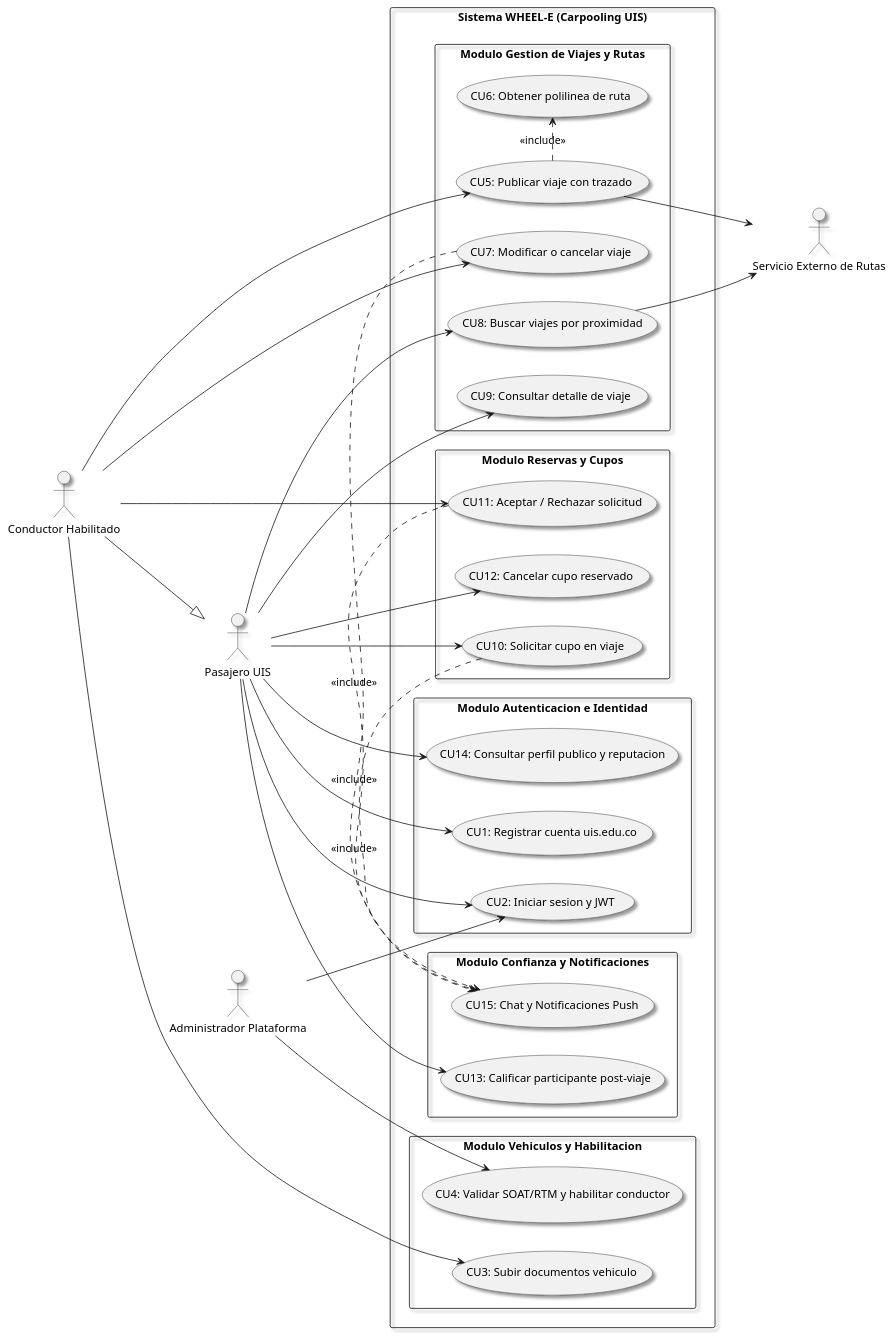
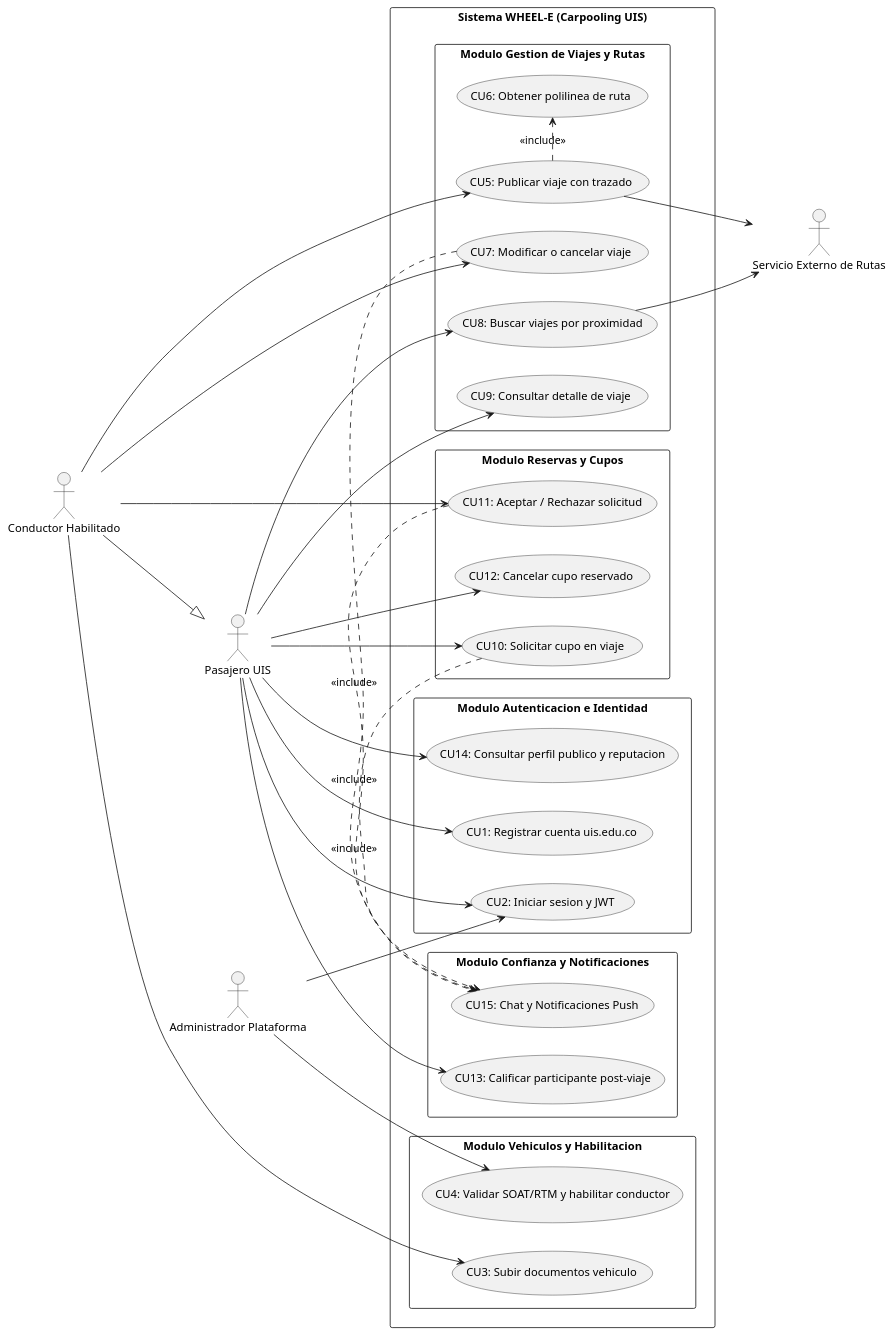
The diagram in diagramas/casos_de_uso.puml (Tutecaa/WheeleApp), drawn with PlantUML before and after one commit. The commit also changed 3 other files, not shown here.

Commit message:
fix(docs): corregir sombra AWT en PlantUML para casos de uso y clases de dominio

```diff
--- a/diagramas/casos_de_uso.puml
+++ b/diagramas/casos_de_uso.puml
@@ -1,71 +1,71 @@
 @startuml casos_de_uso
 left to right direction
 skinparam packageStyle rectangle
-skinparam shadowing true
+skinparam shadowing false
 
 actor "Pasajero UIS" as pas
 actor "Conductor Habilitado" as cond
 actor "Administrador Plataforma" as admin
 actor "Servicio Externo de Rutas" as apiRutas
 
 cond --|> pas
 
 rectangle "Sistema WHEEL-E (Carpooling UIS)" {
 
     package "Modulo Autenticacion e Identidad" {
         usecase "CU1: Registrar cuenta uis.edu.co" as CU1
         usecase "CU2: Iniciar sesion y JWT" as CU2
         usecase "CU14: Consultar perfil publico y reputacion" as CU14
     }
 
     package "Modulo Vehiculos y Habilitacion" {
         usecase "CU3: Subir documentos vehiculo" as CU3
         usecase "CU4: Validar SOAT/RTM y habilitar conductor" as CU4
     }
 
     package "Modulo Gestion de Viajes y Rutas" {
         usecase "CU5: Publicar viaje con trazado" as CU5
         usecase "CU6: Obtener polilinea de ruta" as CU6
         usecase "CU7: Modificar o cancelar viaje" as CU7
         usecase "CU8: Buscar viajes por proximidad" as CU8
         usecase "CU9: Consultar detalle de viaje" as CU9
     }
 
     package "Modulo Reservas y Cupos" {
         usecase "CU10: Solicitar cupo en viaje" as CU10
         usecase "CU11: Aceptar / Rechazar solicitud" as CU11
         usecase "CU12: Cancelar cupo reservado" as CU12
     }
 
     package "Modulo Confianza y Notificaciones" {
         usecase "CU13: Calificar participante post-viaje" as CU13
         usecase "CU15: Chat y Notificaciones Push" as CU15
     }
 }
 
 pas --> CU1
 pas --> CU2
 pas --> CU8
 pas --> CU9
 pas --> CU10
 pas --> CU12
 pas --> CU13
 pas --> CU14
 
 cond --> CU3
 cond --> CU5
 cond --> CU7
 cond --> CU11
 
 admin --> CU2
 admin --> CU4
 
 CU5 --> apiRutas
 CU8 --> apiRutas
 
 CU5 .> CU6 : <<include>>
 CU10 .> CU15 : <<include>>
 CU11 .> CU15 : <<include>>
 CU7 .> CU15 : <<include>>
 
 @enduml
```
